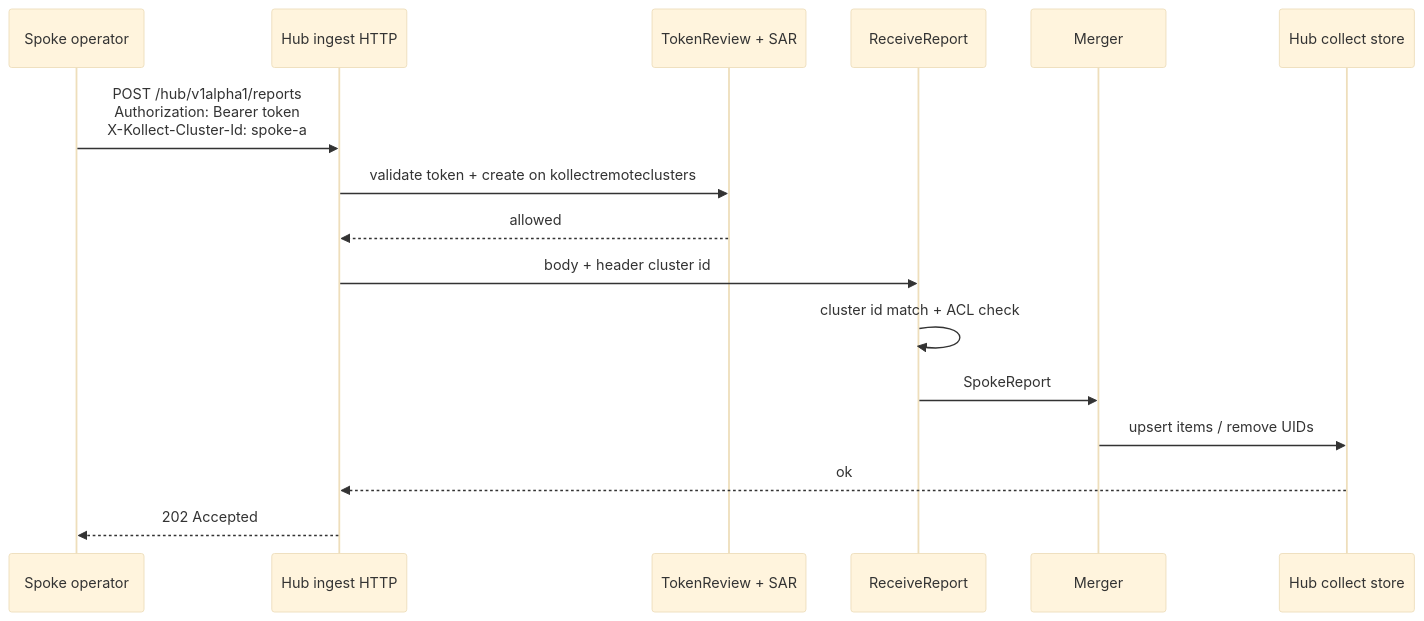
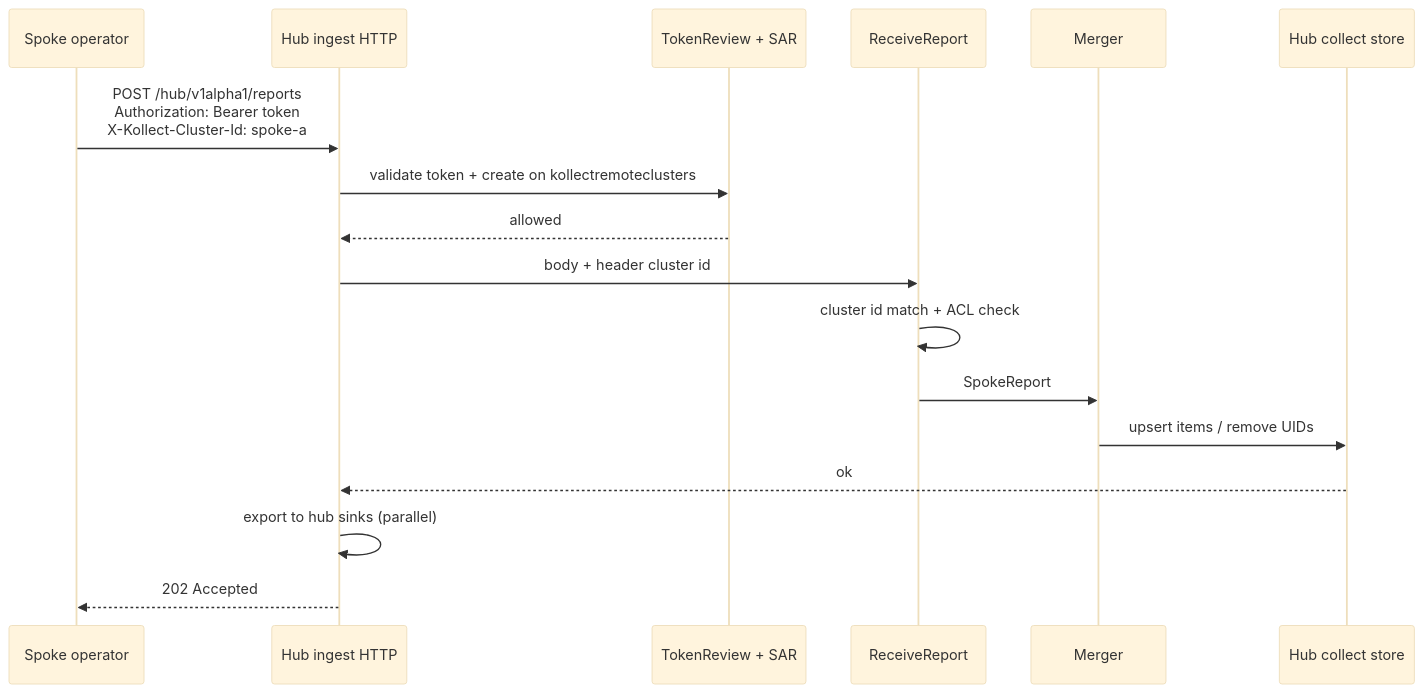
One commit to konih/kollect changed the eighth of 11 diagrams in docs/DATA-FLOWS.md. Above: the diagram before and after it, drawn with Mermaid (base theme). The commit also changed other lines of this file and 7 other files, not shown here.

First line of the commit message:
:page_facing_up: docs: polish CR reference and hub data flows

````diff
--- a/docs/DATA-FLOWS.md
+++ b/docs/DATA-FLOWS.md
@@ -234,19 +236,20 @@
 ```mermaid
 sequenceDiagram
   participant Spoke as Spoke operator
   participant Hub as Hub ingest HTTP
   participant Auth as TokenReview + SAR
   participant Recv as ReceiveReport
   participant Merge as Merger
   participant Store as Hub collect store
 
   Spoke->>Hub: POST /hub/v1alpha1/reports<br/>Authorization: Bearer token<br/>X-Kollect-Cluster-Id: spoke-a
   Hub->>Auth: validate token + create on kollectremoteclusters
   Auth-->>Hub: allowed
   Hub->>Recv: body + header cluster id
   Recv->>Recv: cluster id match + ACL check
   Recv->>Merge: SpokeReport
   Merge->>Store: upsert items / remove UIDs
   Store-->>Hub: ok
+  Hub->>Hub: export to hub sinks (parallel)
   Hub-->>Spoke: 202 Accepted
 ```
````
